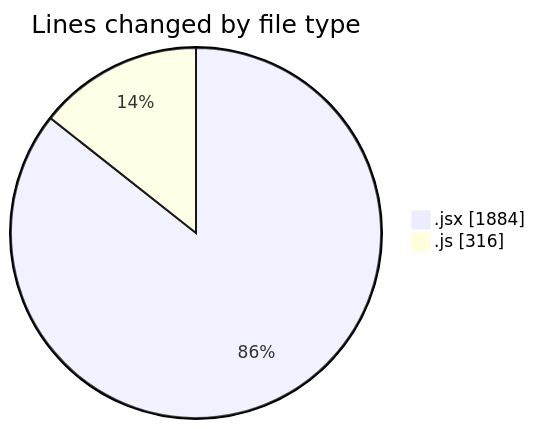
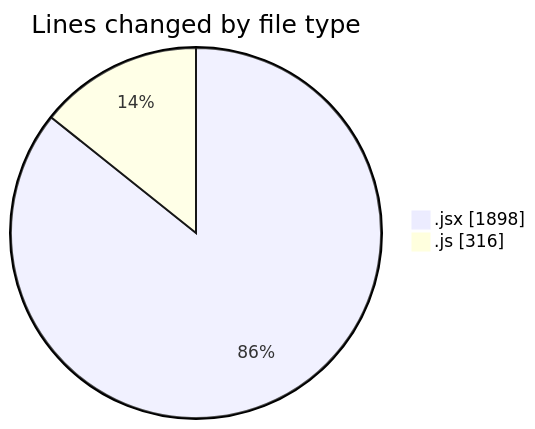
Before and after one commit to nxtqubesakshisongat/code-tracking: the first of 2 diagrams in 2025-07-13/argos/README.md, drawn with Mermaid. The commit also changed other lines of this file and 1 other file, not shown here.

````diff
--- a/2025-07-13/argos/README.md
+++ b/2025-07-13/argos/README.md
@@ -21,6 +21,6 @@
 ```mermaid
 pie showData
 title Lines changed by file type
-".jsx" : 1884
+".jsx" : 1898
 ".js" : 316
 ```
````
